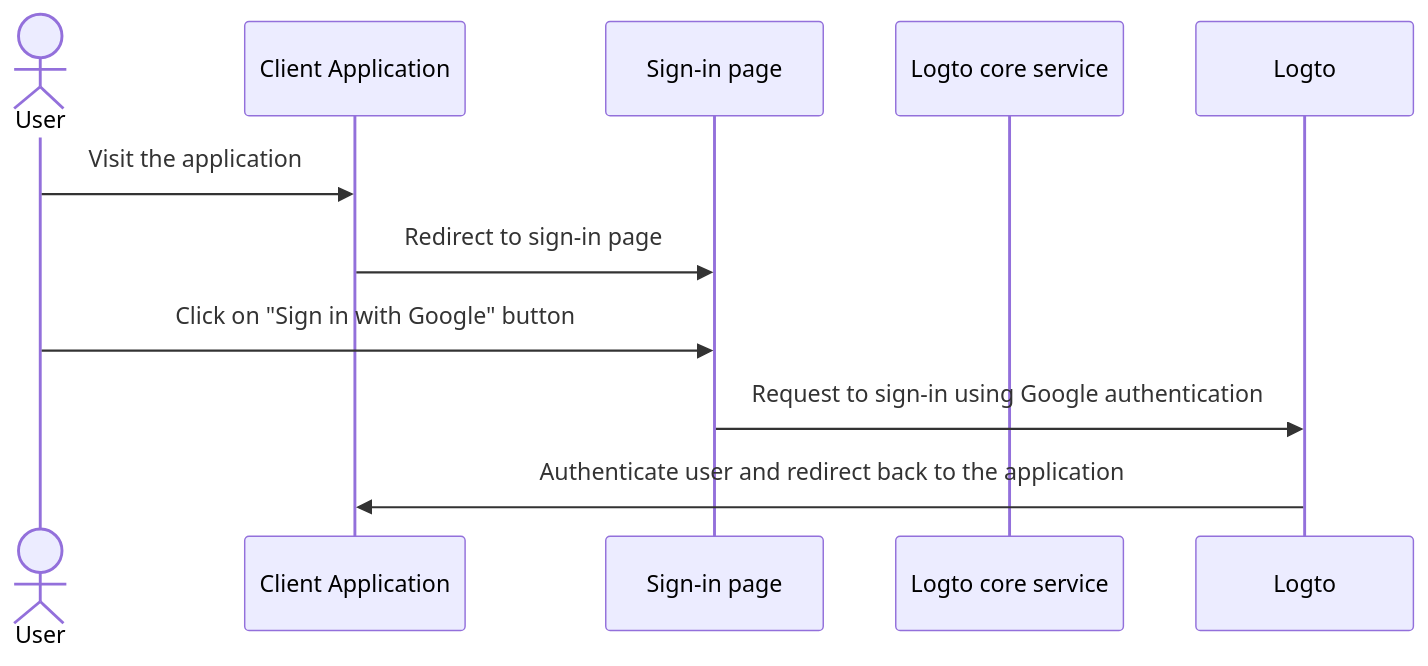
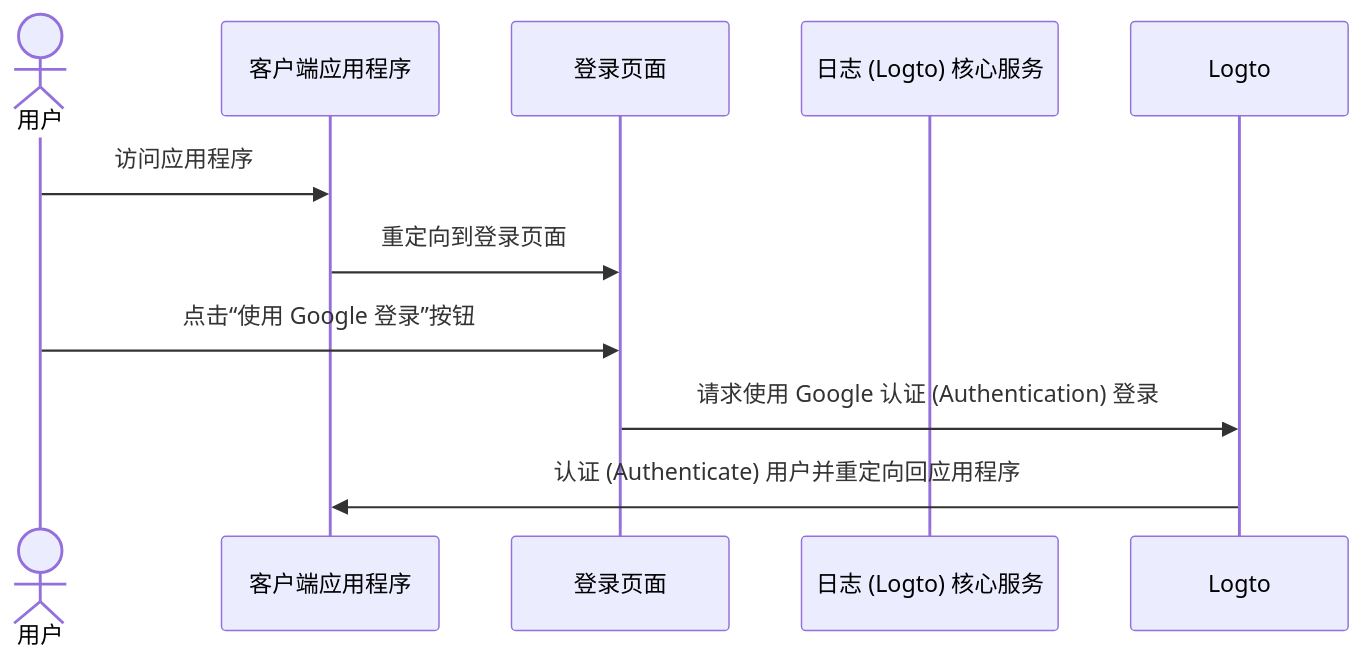
The second of 5 diagrams in i18n/zh-CN/docusaurus-plugin-content-docs/current/end-user-flows/sign-up-and-sign-in/social-sign-in.mdx (logto-io/docs), drawn with Mermaid before and after one commit. The commit also changed other lines of this file and 449 other files, not shown here.

````diff
--- a/i18n/zh-CN/docusaurus-plugin-content-docs/current/end-user-flows/sign-up-and-sign-in/social-sign-in.mdx
+++ b/i18n/zh-CN/docusaurus-plugin-content-docs/current/end-user-flows/sign-up-and-sign-in/social-sign-in.mdx
@@ -71,13 +71,13 @@
 ```mermaid
 sequenceDiagram
-actor user as User
-    participant app as Client Application
-    participant experience as Sign-in page
-    participant logto as Logto core service
+actor user as 用户
+    participant app as 客户端应用程序
+    participant experience as 登录页面
+    participant logto as 日志 (Logto) 核心服务
 
-    user->>app: Visit the application
-    app->>experience: Redirect to sign-in page
-    user->>experience: Click on "Sign in with Google" button
-    experience->>Logto: Request to sign-in using Google authentication
-    Logto->>app: Authenticate user and redirect back to the application
+    user->>app: 访问应用程序
+    app->>experience: 重定向到登录页面
+    user->>experience: 点击“使用 Google 登录”按钮
+    experience->>Logto: 请求使用 Google 认证 (Authentication) 登录
+    Logto->>app: 认证 (Authenticate) 用户并重定向回应用程序
 ```
````
